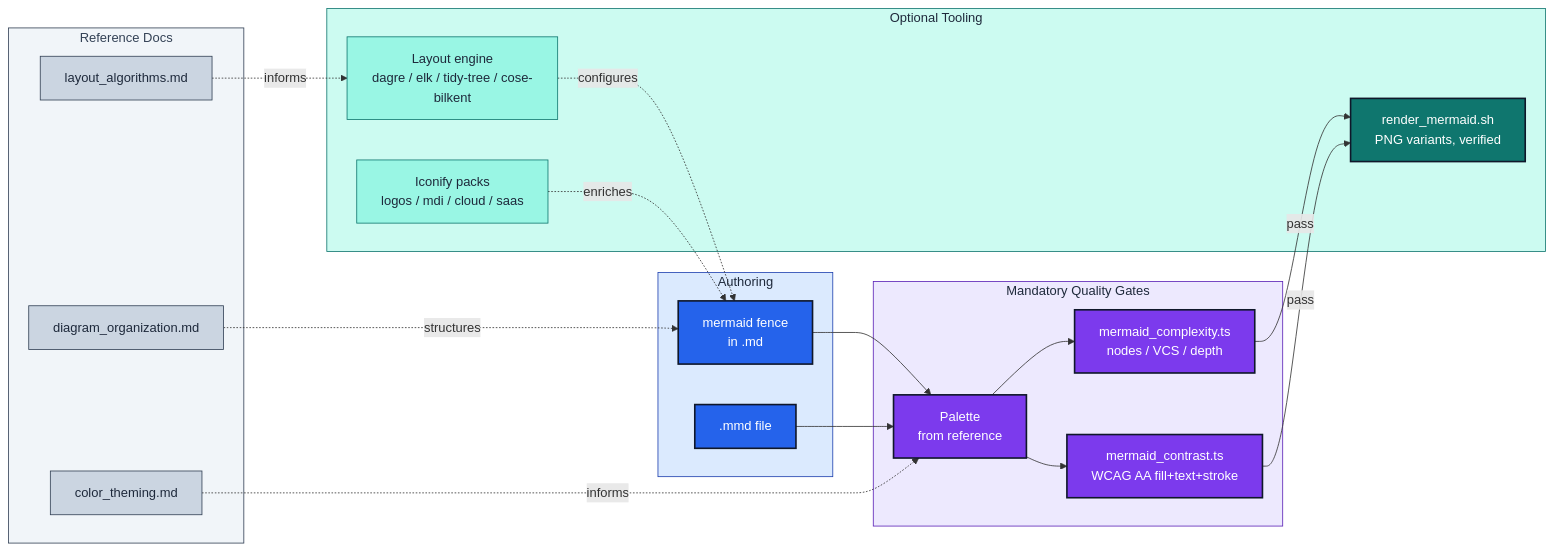
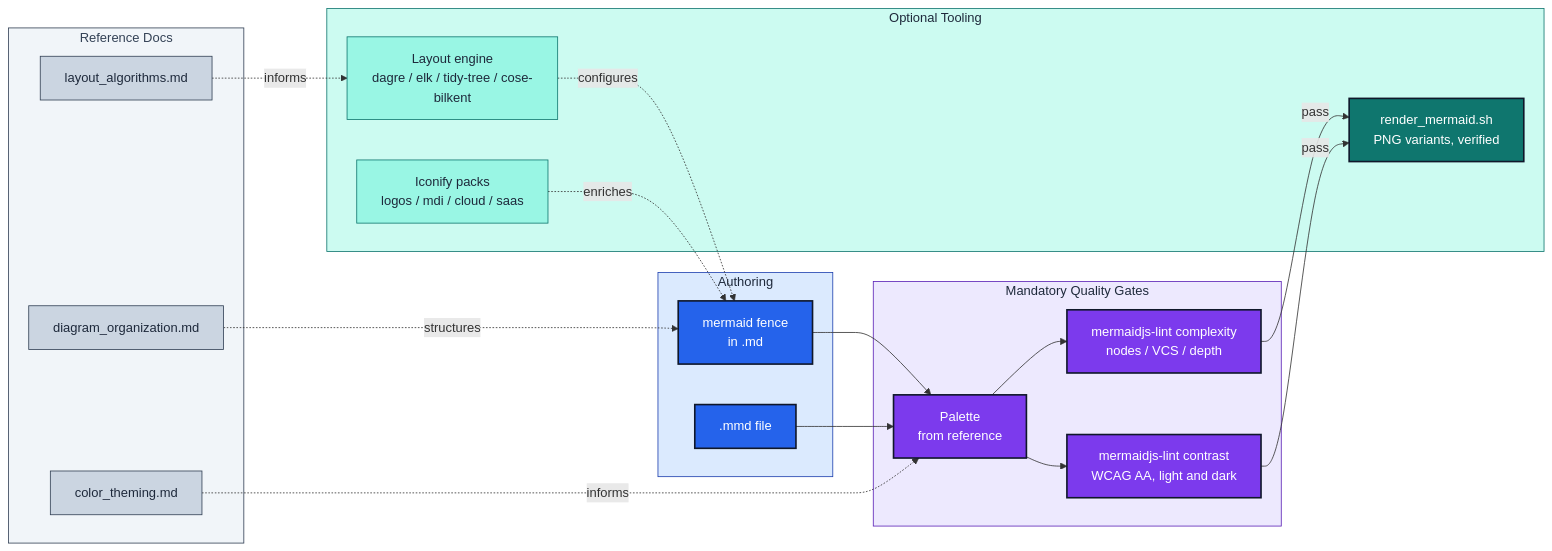
The diagram in skills/mermaidjs-diagrams/README.md (jpeakai/skills), drawn with Mermaid before and after one commit. The commit also changed other lines of this file and 120 other files, not shown here.

````diff
--- a/skills/mermaidjs-diagrams/README.md
+++ b/skills/mermaidjs-diagrams/README.md
@@ -31,55 +34,55 @@
 ```mermaid
 flowchart LR
     subgraph author["Authoring"]
         fence["mermaid fence<br/>in .md"]:::ingressPrimary
         mmd[".mmd file"]:::ingressPrimary
     end
 
     subgraph gates["Mandatory Quality Gates"]
         palette["Palette<br/>from reference"]:::computePrimary
-        complexity["mermaid_complexity.ts<br/>nodes / VCS / depth"]:::computePrimary
-        contrast["mermaid_contrast.ts<br/>WCAG AA fill+text+stroke"]:::computePrimary
+        complexity["mermaidjs-lint complexity<br/>nodes / VCS / depth"]:::computePrimary
+        contrast["mermaidjs-lint contrast<br/>WCAG AA, light and dark"]:::computePrimary
     end
 
     subgraph optional["Optional Tooling"]
         layout["Layout engine<br/>dagre / elk / tidy-tree / cose-bilkent"]:::dataSecondary
         icons["Iconify packs<br/>logos / mdi / cloud / saas"]:::dataSecondary
         render["render_mermaid.sh<br/>PNG variants, verified"]:::dataPrimary
     end
 
     subgraph refs["Reference Docs"]
         rColor["color_theming.md"]:::infraSecondary
         rLayout["layout_algorithms.md"]:::infraSecondary
         rOrg["diagram_organization.md"]:::infraSecondary
     end
 
     fence --> palette
     mmd --> palette
     palette --> complexity
     palette --> contrast
     complexity -- pass --> render
     contrast -- pass --> render
 
     layout -. configures .-> fence
     icons -. enriches .-> fence
 
     rColor -. informs .-> palette
     rLayout -. informs .-> layout
     rOrg -. structures .-> fence
 
     classDef ingressPrimary    fill:#2563eb,stroke:#0f172a,color:#fff,stroke-width:2px
     classDef computePrimary    fill:#7c3aed,stroke:#0f172a,color:#fff,stroke-width:2px
     classDef dataPrimary       fill:#0f766e,stroke:#0f172a,color:#fff,stroke-width:2px
     classDef dataSecondary     fill:#99f6e4,stroke:#0f766e,color:#1e293b,stroke-width:1px
     classDef infraSecondary    fill:#cbd5e1,stroke:#334155,color:#1e293b,stroke-width:1px
 
     classDef sgBlue   fill:#dbeafe,stroke:#1e40af,color:#1e293b
     classDef sgViolet fill:#ede9fe,stroke:#5b21b6,color:#1e293b
     classDef sgTeal   fill:#ccfbf1,stroke:#0f766e,color:#1e293b
     classDef sgSlate  fill:#f1f5f9,stroke:#334155,color:#334155
 
     class author sgBlue
     class gates sgViolet
     class optional sgTeal
     class refs sgSlate
 ```
````
